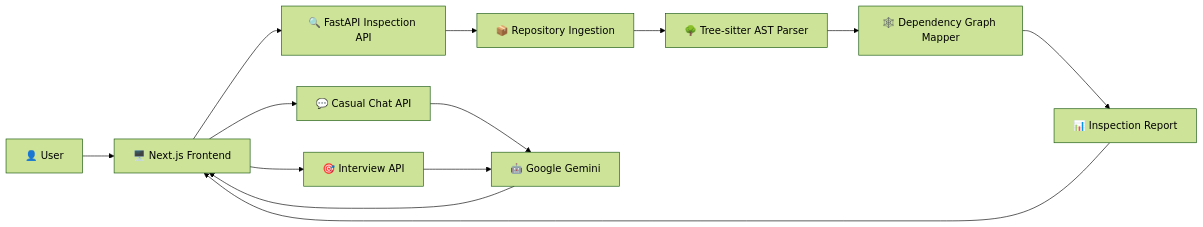
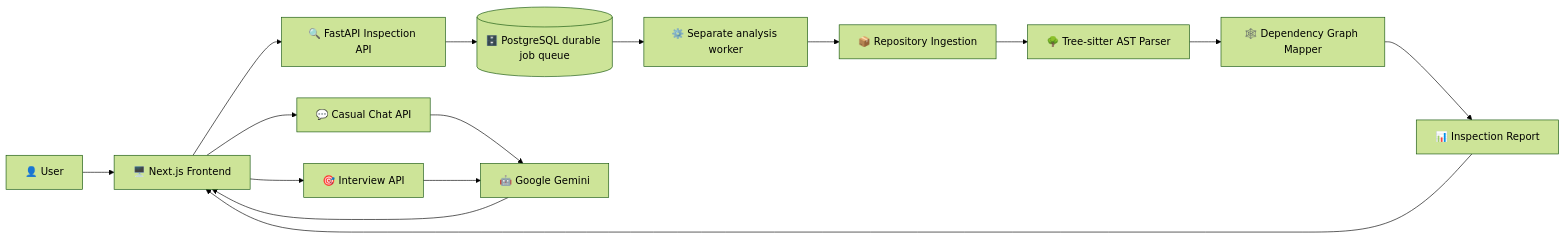
One commit to MagnificentGarren/reposeer changed the diagram in README.md. Above: the diagram before and after it, drawn with Mermaid (forest theme). The commit also changed other lines of this file and 10 other files, not shown here.

First line of the commit message:
feat(queue): implement durable PostgreSQL analysis queue and background worker

````diff
--- a/README.md
+++ b/README.md
@@ -248,20 +248,22 @@
 ```mermaid
 flowchart LR
 
     User[👤 User] --> Frontend[🖥️ Next.js Frontend]
 
     Frontend --> Inspect[🔍 FastAPI Inspection API]
     Frontend --> Chat[💬 Casual Chat API]
     Frontend --> Interview[🎯 Interview API]
 
-    Inspect --> Ingestion[📦 Repository Ingestion]
+    Inspect --> Queue[(🗄️ PostgreSQL durable job queue)]
+    Queue --> Worker[⚙️ Separate analysis worker]
+    Worker --> Ingestion[📦 Repository Ingestion]
     Ingestion --> Parser[🌳 Tree-sitter AST Parser]
     Parser --> Graph[🕸️ Dependency Graph Mapper]
     Graph --> Report[📊 Inspection Report]
 
     Chat --> Gemini[🤖 Google Gemini]
     Interview --> Gemini
 
     Report --> Frontend
     Gemini --> Frontend
 ```
````
